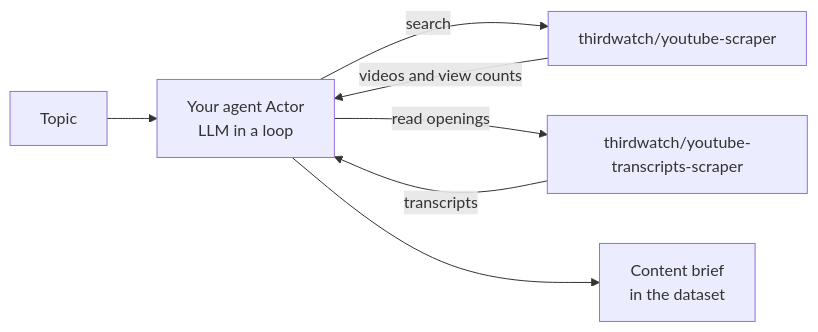
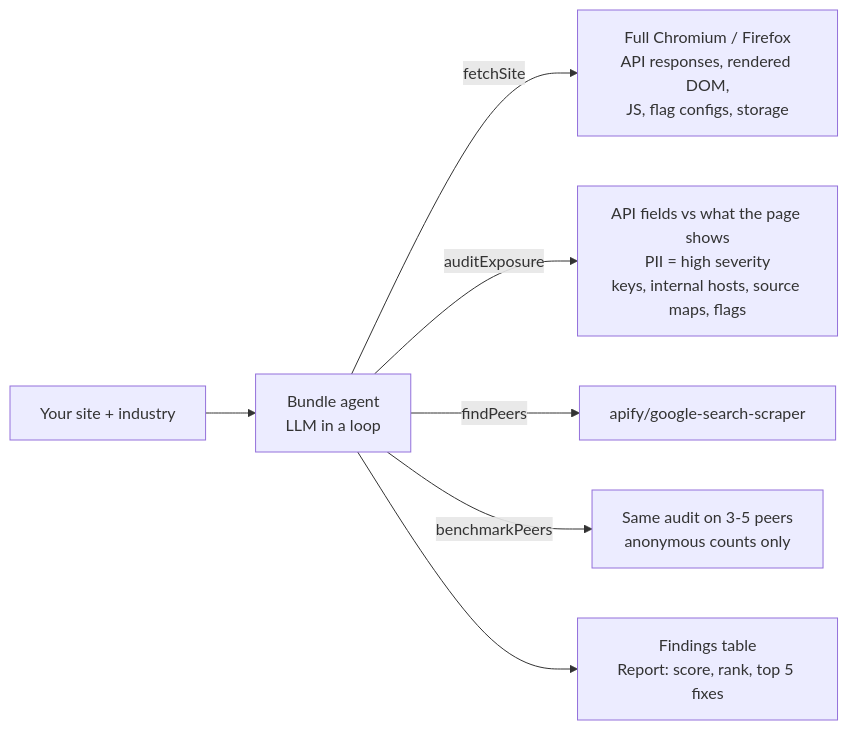
One commit to garimapahwa/bundle changed the diagram in README.md. Above: the diagram before and after it, drawn with Mermaid. The commit also changed other lines of this file and 71 other files, not shown here.

First line of the commit message:
Bundle: business exposure audit agent with industry benchmarking

````diff
--- a/README.md
+++ b/README.md
@@ -44,9 +29,9 @@
 ```mermaid
 flowchart LR
-    A[Topic] --> B[Your agent Actor<br/>LLM in a loop]
-    B -- search --> C[thirdwatch/youtube-scraper]
-    C -- videos and view counts --> B
-    B -- read openings --> D[thirdwatch/youtube-transcripts-scraper]
-    D -- transcripts --> B
-    B --> E[Content brief<br/>in the dataset]
+    I[Your site + industry] --> A[Bundle agent<br/>LLM in a loop]
+    A -- fetchSite --> F[Full Chromium / Firefox<br/>API responses, rendered DOM,<br/>JS, flag configs, storage]
+    A -- auditExposure --> X[API fields vs what the page shows<br/>PII = high severity<br/>keys, internal hosts, source maps, flags]
+    A -- findPeers --> G[apify/google-search-scraper]
+    A -- benchmarkPeers --> B[Same audit on 3-5 peers<br/>anonymous counts only]
+    A --> R[Findings table<br/>Report: score, rank, top 5 fixes]
 ```
````
